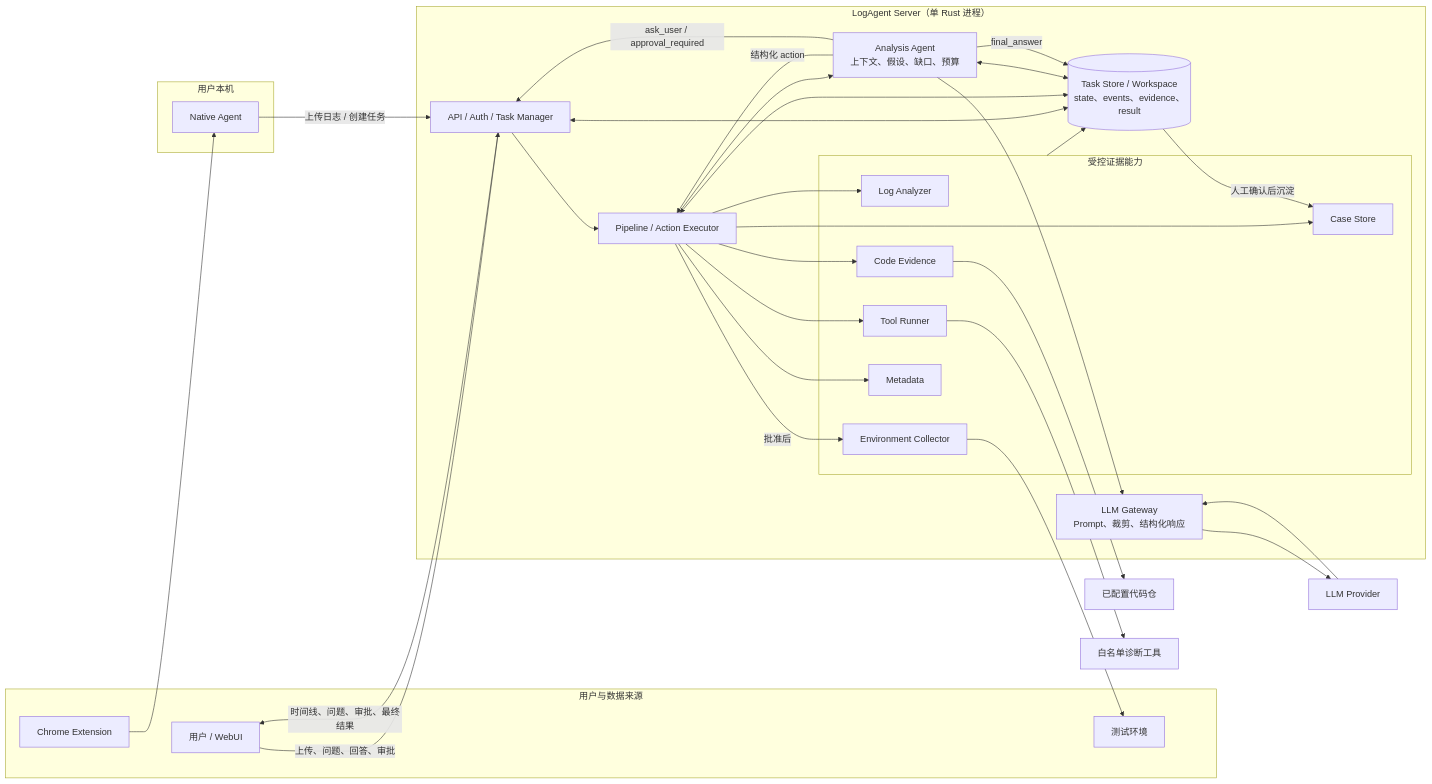
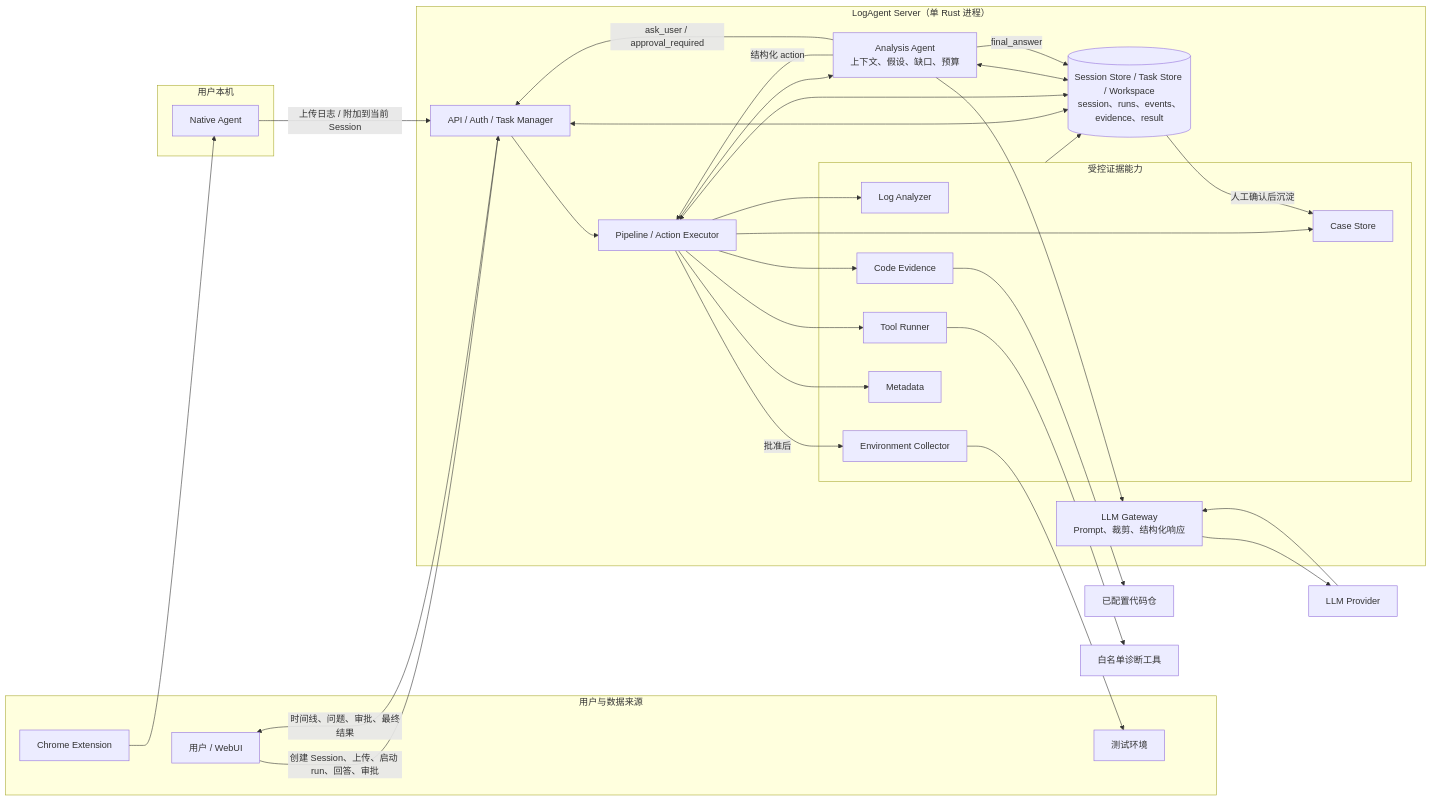
Before and after one commit to zhiwangdu/prd_assistant: the diagram in README.md, drawn with Mermaid. The commit also changed other lines of this file and 35 other files, not shown here.

````diff
--- a/README.md
+++ b/README.md
@@ -57,65 +57,65 @@
 ```mermaid
 flowchart LR
     subgraph Inputs["用户与数据来源"]
         User["用户 / WebUI"]
         Chrome["Chrome Extension"]
         TestEnv["测试环境"]
     end
 
     subgraph Local["用户本机"]
         Native["Native Agent"]
     end
 
     subgraph ServerBoundary["LogAgent Server（单 Rust 进程）"]
         API["API / Auth / Task Manager"]
         Orchestrator["Pipeline / Action Executor"]
         Agent["Analysis Agent<br/>上下文、假设、缺口、预算"]
         Gateway["LLM Gateway<br/>Prompt、裁剪、结构化响应"]
 
         subgraph Evidence["受控证据能力"]
             Log["Log Analyzer"]
             Tool["Tool Runner"]
             Code["Code Evidence"]
             Env["Environment Collector"]
             Meta["Metadata"]
             Cases["Case Store"]
         end
 
-        Store[("Task Store / Workspace<br/>state、events、evidence、result")]
+        Store[("Session Store / Task Store / Workspace<br/>session、runs、events、evidence、result")]
     end
 
     Model["LLM Provider"]
     Repos["已配置代码仓"]
     Tools["白名单诊断工具"]
 
     Chrome --> Native
-    Native -->|"上传日志 / 创建任务"| API
-    User -->|"上传、问题、回答、审批"| API
+    Native -->|"上传日志 / 附加到当前 Session"| API
+    User -->|"创建 Session、上传、启动 run、回答、审批"| API
     API --> Orchestrator
     Orchestrator --> Agent
     Agent -->|"结构化 action"| Orchestrator
     Agent --> Gateway
     Gateway --> Model
     Model --> Gateway
 
     Orchestrator --> Log
     Orchestrator --> Tool
     Orchestrator --> Code
     Orchestrator -->|"批准后"| Env
     Orchestrator --> Meta
     Orchestrator --> Cases
 
     Tool --> Tools
     Code --> Repos
     Env --> TestEnv
 
     API <--> Store
     Orchestrator <--> Store
     Agent <--> Store
     Evidence --> Store
 
     Agent -->|"ask_user / approval_required"| API
     API -->|"时间线、问题、审批、最终结果"| User
     Agent -->|"final_answer"| Store
     Store -->|"人工确认后沉淀"| Cases
 ```
````
